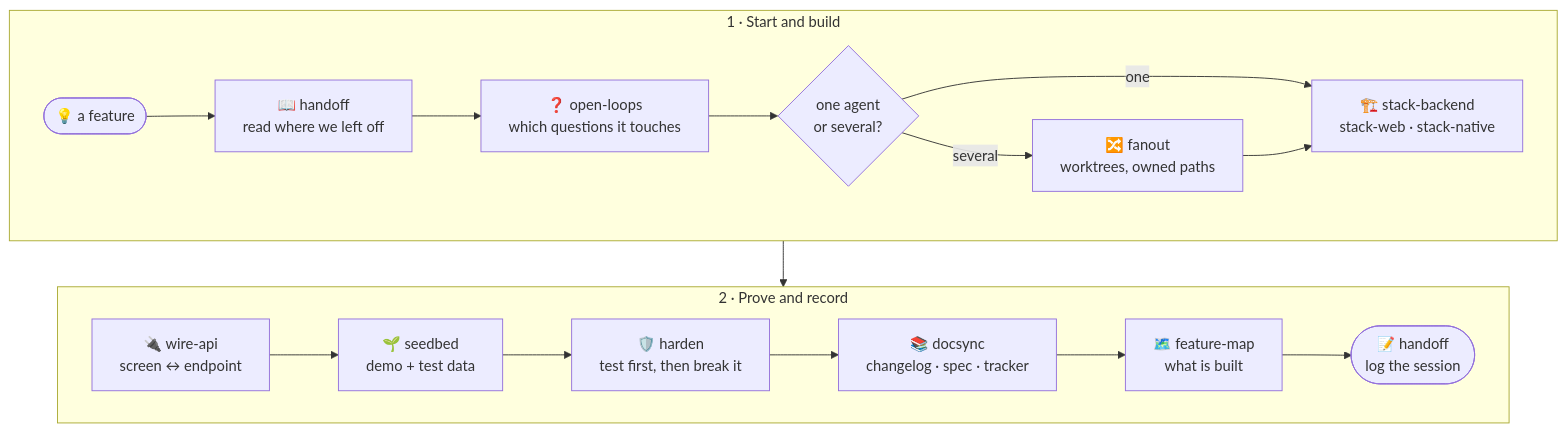
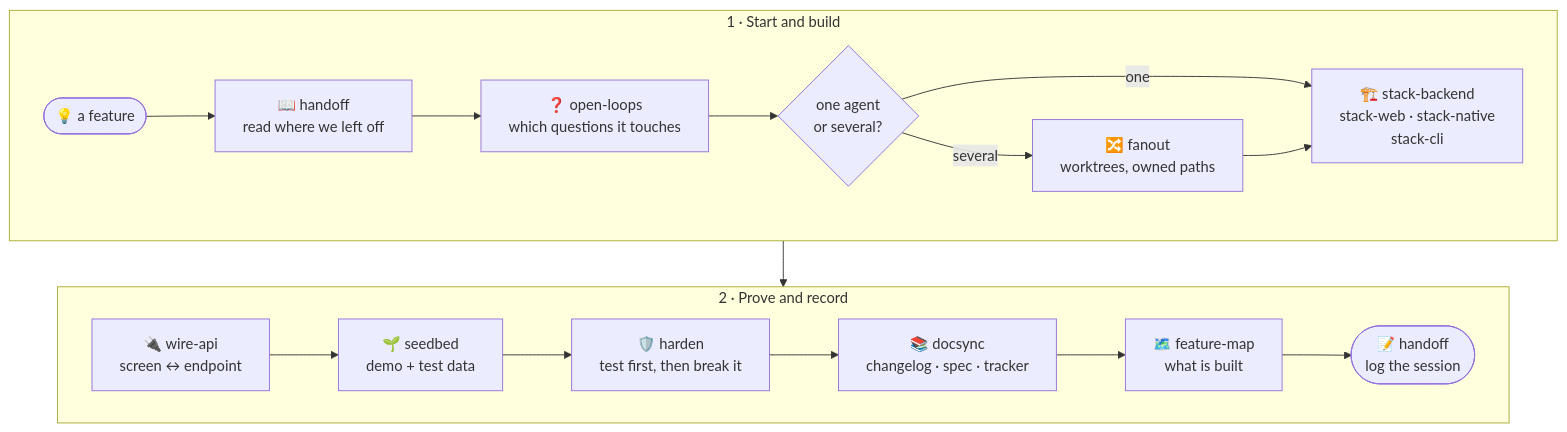
Before and after one commit to kshanxs/shipkit: the third of 7 diagrams in README.md, drawn with Mermaid. The commit also changed other lines of this file and 14 other files, not shown here.

Commit message:
feat(stack-cli): a build and break path for CLIs, scripts and infrastructure

````diff
--- a/README.md
+++ b/README.md
@@ -191,21 +193,21 @@
 ```mermaid
 flowchart TB
     subgraph plan["1 · Start and build"]
         direction LR
         start(["💡 a feature"]) --> handoffr["📖 handoff<br/>read where we left off"]
         handoffr --> loops1["❓ open-loops<br/>which questions it touches"]
         loops1 --> buildc{"one agent<br/>or several?"}
-        buildc -- one --> stack["🏗️ stack-backend<br/>stack-web · stack-native"]
+        buildc -- one --> stack["🏗️ stack-backend<br/>stack-web · stack-native<br/>stack-cli"]
         buildc -- several --> fanout["🔀 fanout<br/>worktrees, owned paths"]
         fanout --> stack
     end
     subgraph prove["2 · Prove and record"]
         direction LR
         wire["🔌 wire-api<br/>screen ↔ endpoint"] --> seed["🌱 seedbed<br/>demo + test data"]
         seed --> harden["🛡️ harden<br/>test first, then break it"]
         harden --> docs["📚 docsync<br/>changelog · spec · tracker"]
         docs --> fmap["🗺️ feature-map<br/>what is built"]
         fmap --> handoffw(["📝 handoff<br/>log the session"])
     end
     plan --> prove
 ```
````
